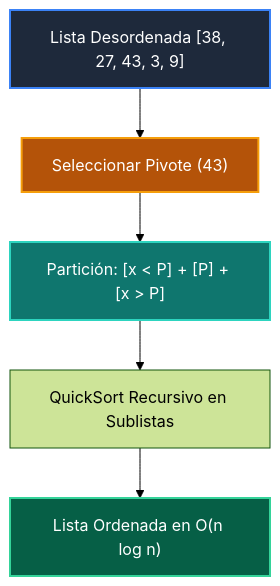
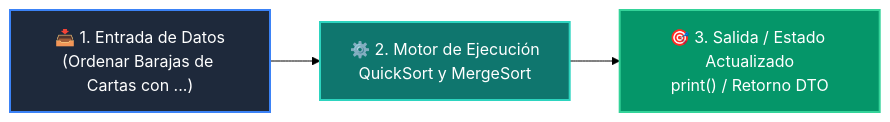
The diagram in 02-algoritmos-estructuras/clase-05-algoritmos-ordenamiento/README.md (wisrovi/wisrovi-python), drawn with Mermaid (forest theme) before and after one commit. The commit also changed other lines of this file and 54 other files, not shown here.

Commit message:
refactor: clean repository root by moving maintenance scripts to scripts/ and restore rich high-contrast Mermaid diagrams for all classes and examples

````diff
--- a/02-algoritmos-estructuras/clase-05-algoritmos-ordenamiento/README.md
+++ b/02-algoritmos-estructuras/clase-05-algoritmos-ordenamiento/README.md
@@ -12,12 +12,9 @@
 ```mermaid
-flowchart TD
-    L["Lista Desordenada [38, 27, 43, 3, 9]"] --> PIV["Seleccionar Pivote (43)"]
-    PIV --> PART["Partición: [x < P] + [P] + [x > P]"]
-    PART --> REC["QuickSort Recursivo en Sublistas"]
-    REC --> SORTED["Lista Ordenada en O(n log n)"]
+flowchart LR
+    A["📥 1. Entrada de Datos<br/>(Ordenar Barajas de Cartas con ...)"] --> B["⚙️ 2. Motor de Ejecución<br/>QuickSort y MergeSort"]
+    B --> C["🎯 3. Salida / Estado Actualizado<br/>print() / Retorno DTO"]
 
-    style L fill:#1e293b,color:#fff,stroke:#3b82f6,stroke-width:2px
-    style PIV fill:#b45309,color:#fff,stroke:#f59e0b,stroke-width:2px
-    style PART fill:#0f766e,color:#fff,stroke:#2dd4bf,stroke-width:2px
-    style SORTED fill:#065f46,color:#fff,stroke:#34d399,stroke-width:2px
+    style A fill:#1e293b,color:#ffffff,stroke:#3b82f6,stroke-width:2px
+    style B fill:#0f766e,color:#ffffff,stroke:#2dd4bf,stroke-width:2px
+    style C fill:#059669,color:#ffffff,stroke:#34d399,stroke-width:2px
 ```
````
